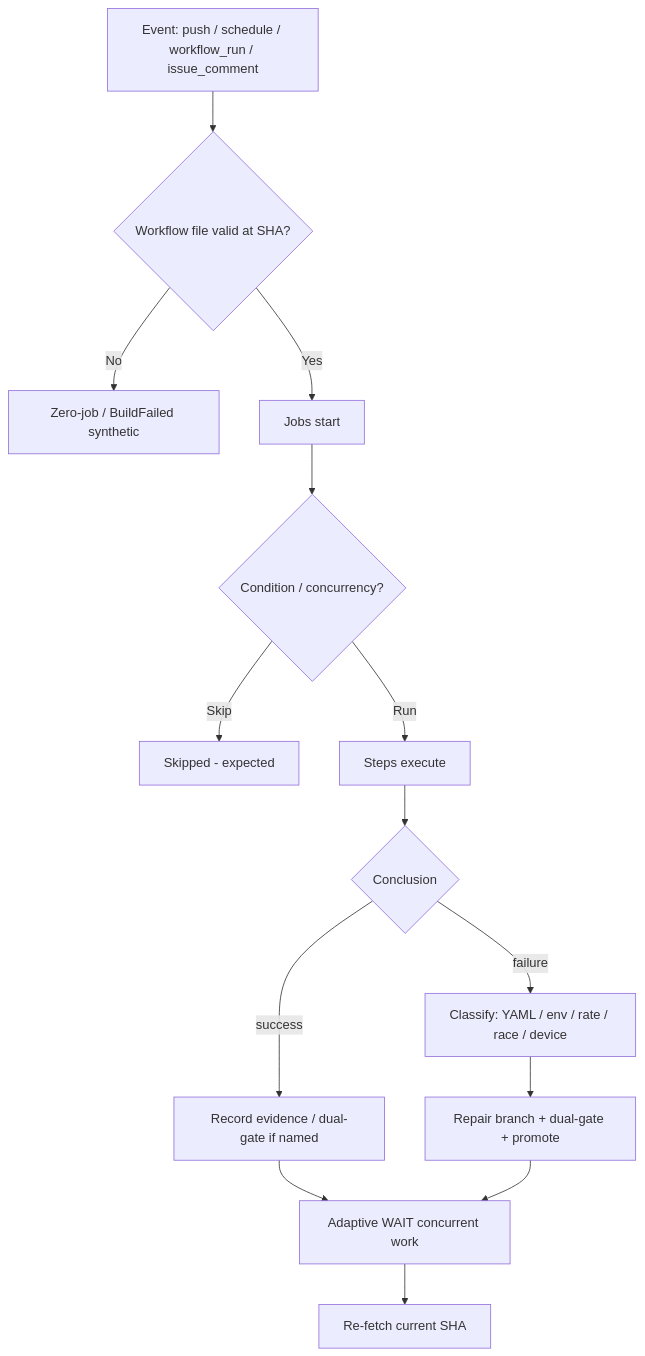
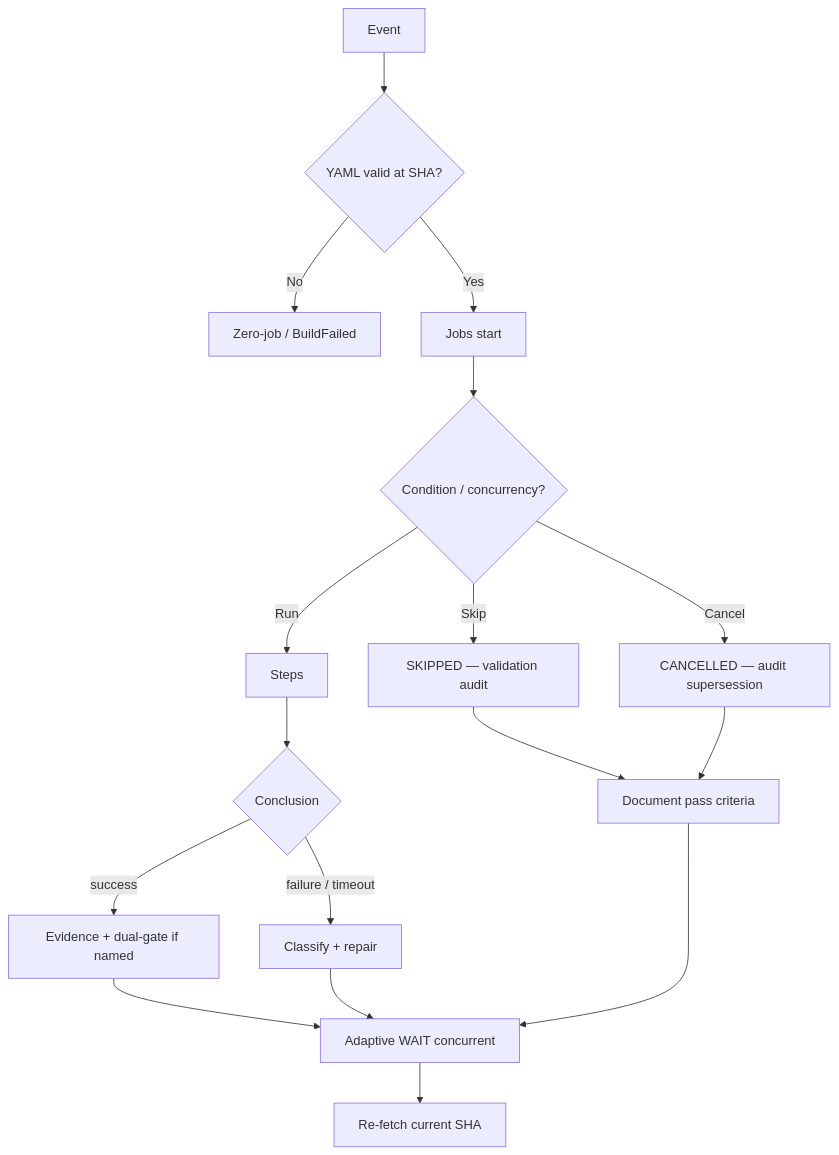
Before and after one commit to timerloggedout-spec/termux-monorepo: the first of 2 diagrams in docs/ops/ACTIONS-WORKFLOWS-MATRIX.md, drawn with Mermaid. The commit also changed other lines of this file, not shown here.

First line of the commit message:
docs(ops): CADE matrix refine — audit Skipped/Cancelled, Pinggy device#1 ID, consolidation targets

````diff
--- a/docs/ops/ACTIONS-WORKFLOWS-MATRIX.md
+++ b/docs/ops/ACTIONS-WORKFLOWS-MATRIX.md
@@ -38,16 +95,19 @@
 ```mermaid
 flowchart TD
-  A[Event: push / schedule / workflow_run / issue_comment] --> B{Workflow file valid at SHA?}
-  B -->|No| C[Zero-job / BuildFailed synthetic]
+  A[Event] --> B{YAML valid at SHA?}
+  B -->|No| C[Zero-job / BuildFailed]
   B -->|Yes| D[Jobs start]
   D --> E{Condition / concurrency?}
-  E -->|Skip| F[Skipped - expected]
-  E -->|Run| G[Steps execute]
-  G --> H{Conclusion}
-  H -->|success| I[Record evidence / dual-gate if named]
-  H -->|failure| J[Classify: YAML / env / rate / race / device]
-  J --> K[Repair branch + dual-gate + promote]
-  I --> L[Adaptive WAIT concurrent work]
-  K --> L
-  L --> M[Re-fetch current SHA]
+  E -->|Skip| F[SKIPPED — validation audit]
+  E -->|Cancel| G[CANCELLED — audit supersession]
+  E -->|Run| H[Steps]
+  H --> I{Conclusion}
+  I -->|success| J[Evidence + dual-gate if named]
+  I -->|failure / timeout| K[Classify + repair]
+  F --> L[Document pass criteria]
+  G --> L
+  J --> M[Adaptive WAIT concurrent]
+  K --> M
+  L --> M
+  M --> N[Re-fetch current SHA]
 ```
````
